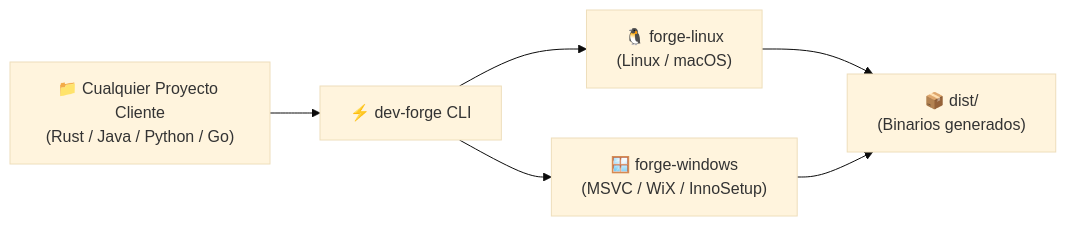
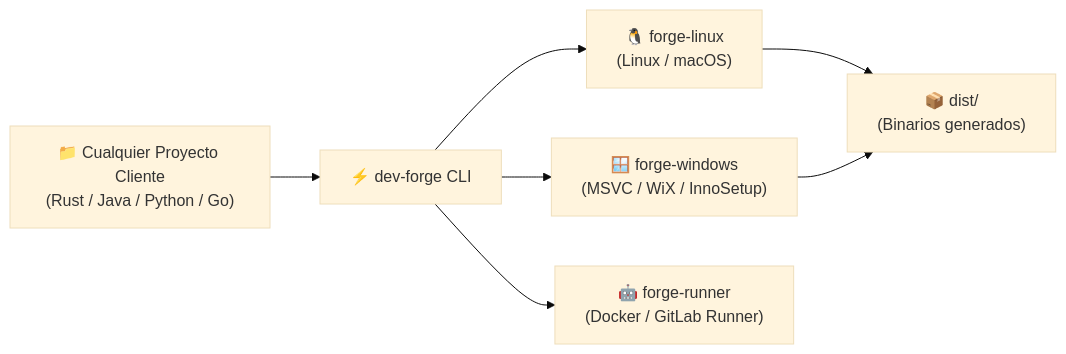
Before and after one commit to olorinj/dev-forge: the diagram in README.md, drawn with Mermaid (base theme). The commit also changed other lines of this file and 3 other files, not shown here.

First line of the commit message:
docs: synchronize runner architecture, CLI workflows, and diagrams across all docs

````diff
--- a/README.md
+++ b/README.md
@@ -11,8 +11,9 @@
 ```mermaid
 flowchart LR
     Proyecto["📁 Cualquier Proyecto Cliente<br/>(Rust / Java / Python / Go)"] --> CLI["⚡ dev-forge CLI"]
     CLI --> LinuxVM["🐧 forge-linux<br/>(Linux / macOS)"]
     CLI --> WinVM["🪟 forge-windows<br/>(MSVC / WiX / InnoSetup)"]
+    CLI --> RunnerVM["🤖 forge-runner<br/>(Docker / GitLab Runner)"]
     LinuxVM --> Dist["📦 dist/<br/>(Binarios generados)"]
     WinVM --> Dist
 ```
````
